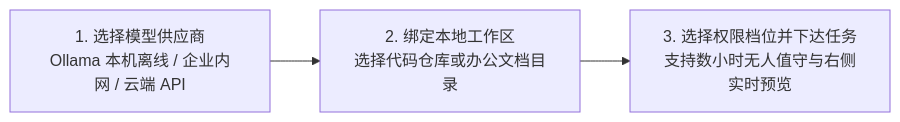
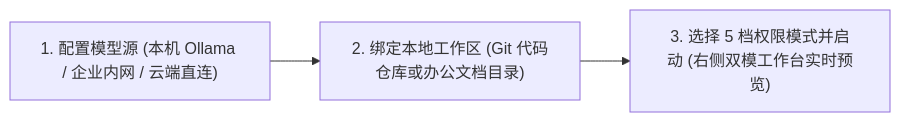
The diagram in docs/guide/getting-started.md (HelmAgent/Helm_website), drawn with Mermaid before and after one commit. The commit also changed other lines of this file and 57 other files, not shown here.

Commit message:
docs(architecture): add detailed documentation for the 5-Tier Permission Sandbox, Zero-RTT Intent Engine, and Open Ecosystem; include core modules, empirical evidence, and interactive permission modes for enhanced clarity and functionality

````diff
--- a/docs/guide/getting-started.md
+++ b/docs/guide/getting-started.md
@@ -25,5 +25,5 @@
 ```mermaid
 flowchart LR
-  S1["1. 选择模型供应商<br/>Ollama 本机离线 / 企业内网 / 云端 API"] --> S2["2. 绑定本地工作区<br/>选择代码仓库或办公文档目录"]
-  S2 --> S3["3. 选择权限档位并下达任务<br/>支持数小时无人值守与右侧实时预览"]
+  S1["1. 配置模型源 (本机 Ollama / 企业内网 / 云端直连)"] --> S2["2. 绑定本地工作区 (Git 代码仓库或办公文档目录)"]
+  S2 --> S3["3. 选择 5 档权限模式并启动 (右侧双模工作台实时预览)"]
 ```
````
